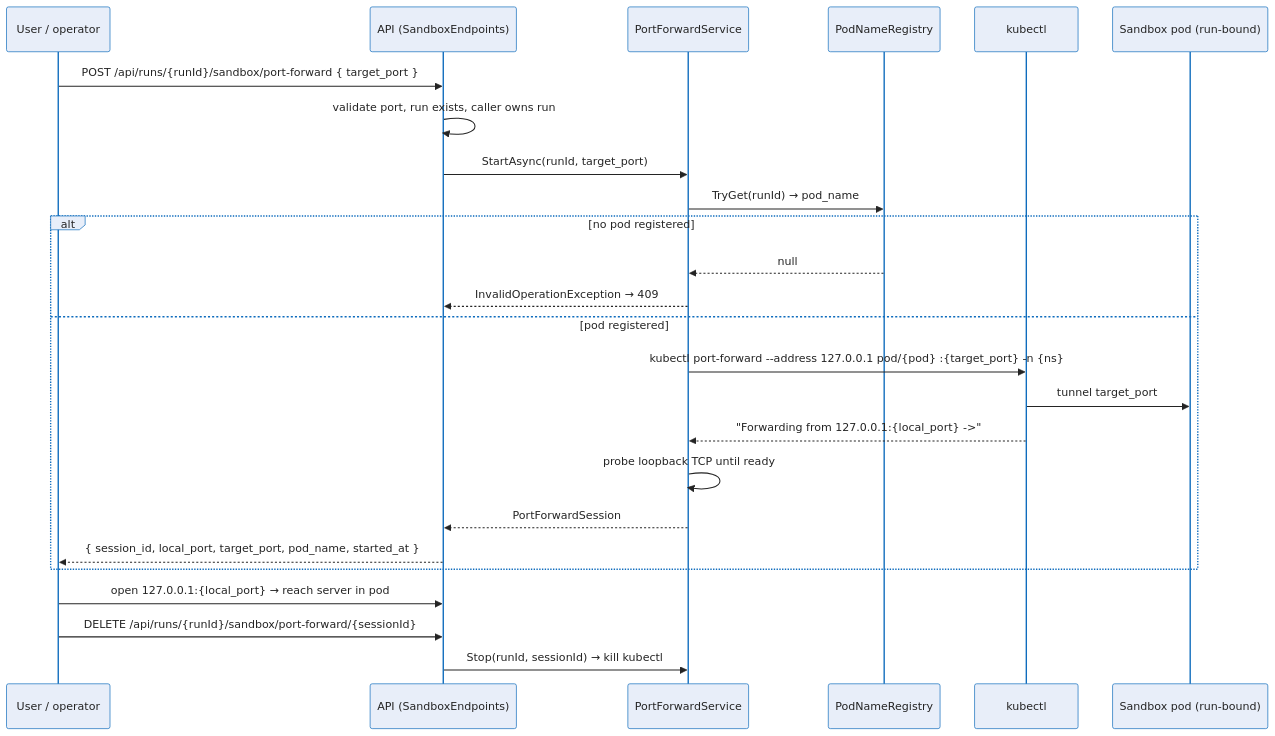
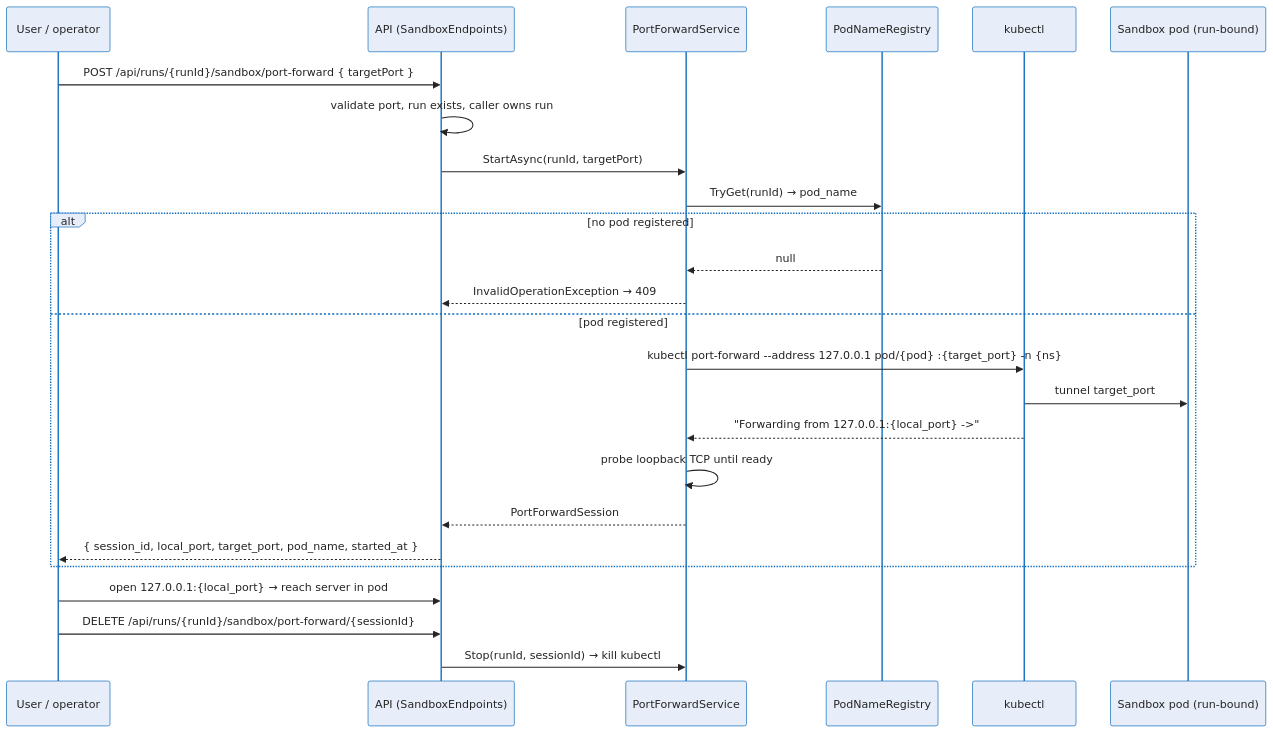
The diagram in docs/reference/sandbox-pods.md (sabbour/agentweaver), drawn with Mermaid before and after one commit. The commit also changed other lines of this file and 26 other files, not shown here.

````diff
--- a/docs/reference/sandbox-pods.md
+++ b/docs/reference/sandbox-pods.md
@@ -230,28 +230,28 @@
 ```mermaid
 %%{init: {'theme':'base','themeVariables':{'fontFamily':'Segoe UI, system-ui, -apple-system, sans-serif','fontSize':'15px','primaryColor':'#E8EEF9','primaryBorderColor':'#0F6CBD','primaryTextColor':'#242424','lineColor':'#605E5C','clusterBkg':'#FAF9F8','clusterBorder':'#D2D0CE','edgeLabelBackground':'#FFFFFF'}}}%%
 sequenceDiagram
     participant User as User / operator
     participant API as API (SandboxEndpoints)
     participant PF as PortForwardService
     participant Reg as PodNameRegistry
     participant K as kubectl
     participant Pod as Sandbox pod (run-bound)
-    User->>API: POST /api/runs/{runId}/sandbox/port-forward { target_port }
+    User->>API: POST /api/runs/{runId}/sandbox/port-forward { targetPort }
     API->>API: validate port, run exists, caller owns run
-    API->>PF: StartAsync(runId, target_port)
+    API->>PF: StartAsync(runId, targetPort)
     PF->>Reg: TryGet(runId) → pod_name
     alt no pod registered
         Reg-->>PF: null
         PF-->>API: InvalidOperationException → 409
     else pod registered
         PF->>K: kubectl port-forward --address 127.0.0.1 pod/{pod} :{target_port} -n {ns}
         K->>Pod: tunnel target_port
         K-->>PF: "Forwarding from 127.0.0.1:{local_port} ->"
         PF->>PF: probe loopback TCP until ready
         PF-->>API: PortForwardSession
         API-->>User: { session_id, local_port, target_port, pod_name, started_at }
     end
     User->>API: open 127.0.0.1:{local_port} → reach server in pod
     User->>API: DELETE /api/runs/{runId}/sandbox/port-forward/{sessionId}
     API->>PF: Stop(runId, sessionId) → kill kubectl
 ```
````
